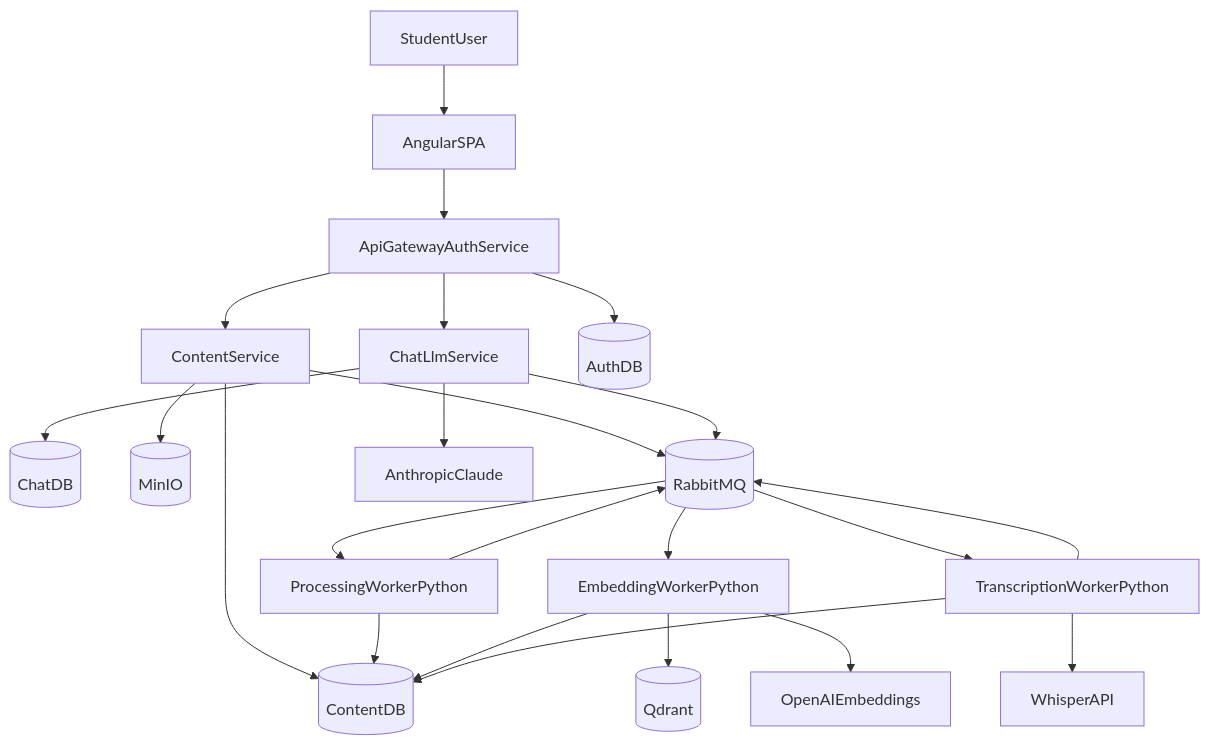
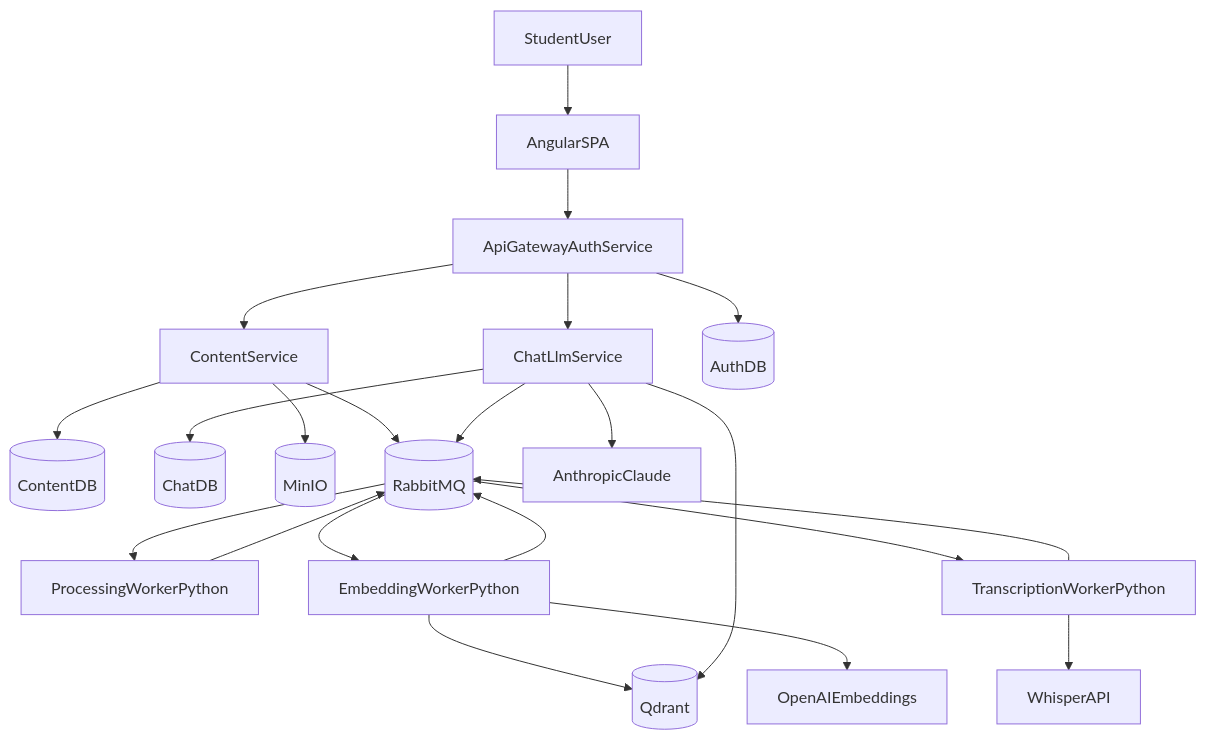
The diagram in README.md (saulolv/StudyMind), drawn with Mermaid before and after one commit. The commit also changed other lines of this file and 59 other files, not shown here.

````diff
--- a/README.md
+++ b/README.md
@@ -15,30 +15,29 @@
 ```mermaid
 flowchart TD
   user[StudentUser] --> spa[AngularSPA]
   spa --> gateway[ApiGatewayAuthService]
   gateway --> contentsvc[ContentService]
   gateway --> chatsvc[ChatLlmService]
 
   gateway --> authdb[(AuthDB)]
   contentsvc --> contentdb[(ContentDB)]
   chatsvc --> chatdb[(ChatDB)]
 
   contentsvc --> minio[(MinIO)]
   contentsvc --> mq[(RabbitMQ)]
   chatsvc --> mq
 
   mq --> proc[ProcessingWorkerPython]
   mq --> emb[EmbeddingWorkerPython]
   mq --> tr[TranscriptionWorkerPython]
 
-  proc --> contentdb
   proc --> mq
+  tr --> mq
+  emb --> mq
   emb --> qdrant[(Qdrant)]
-  emb --> contentdb
-  tr --> contentdb
-  tr --> mq
+  chatsvc --> qdrant
 
   emb --> openai[OpenAIEmbeddings]
   tr --> whisper[WhisperAPI]
   chatsvc --> claude[AnthropicClaude]
 ```
````
